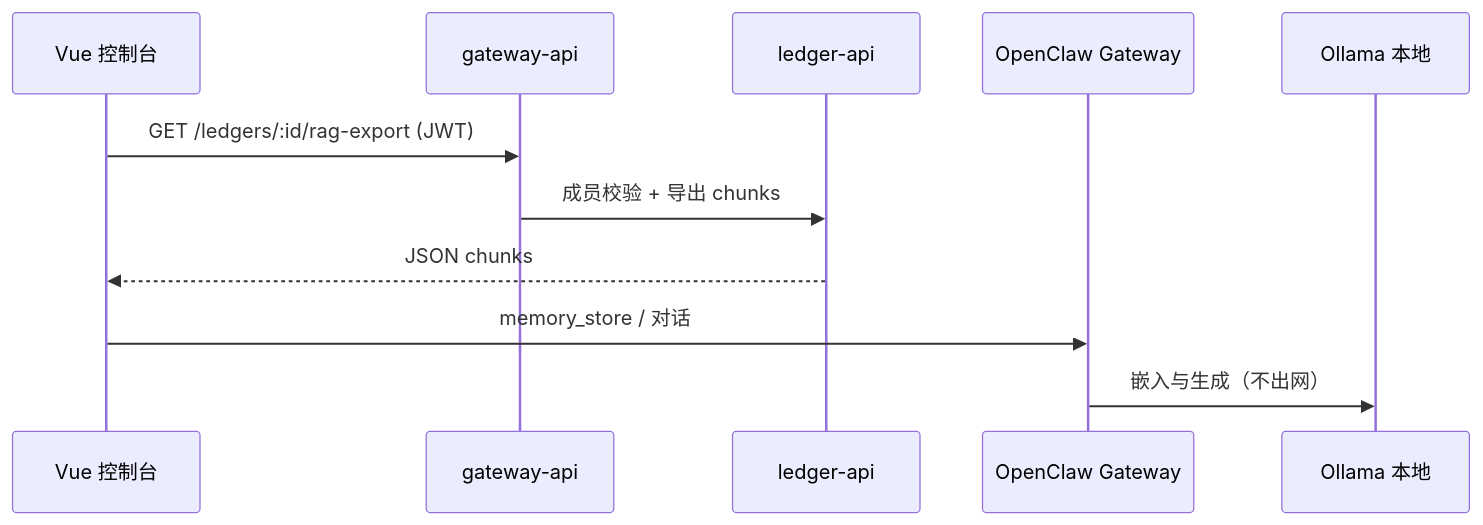
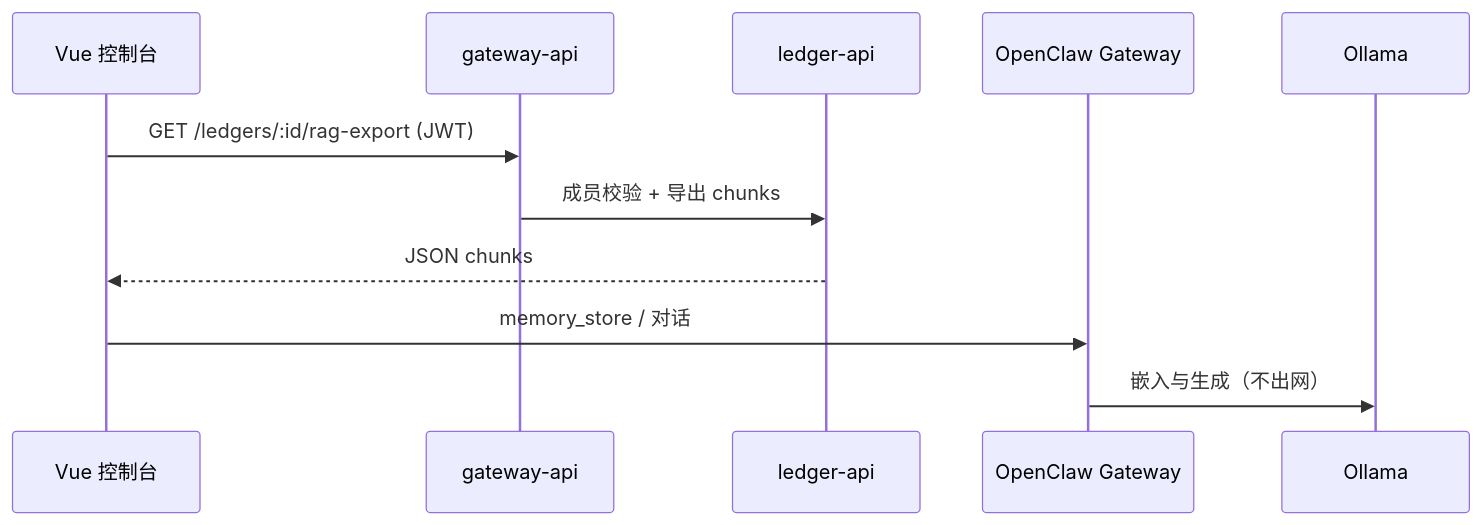
Before and after one commit to torisu-kirame/go-Smart-ledger: the second of 2 diagrams in docs/openclaw-integration.md, drawn with Mermaid. The commit also changed other lines of this file and 11 other files, not shown here.

````diff
--- a/docs/openclaw-integration.md
+++ b/docs/openclaw-integration.md
@@ -34,14 +167,14 @@
 ```mermaid
 sequenceDiagram
     participant UI as Vue 控制台
     participant GW as gateway-api
     participant LA as ledger-api
     participant OC as OpenClaw Gateway
-    participant LLM as Ollama 本地
+    participant LLM as Ollama
 
     UI->>GW: GET /ledgers/:id/rag-export (JWT)
     GW->>LA: 成员校验 + 导出 chunks
     LA-->>UI: JSON chunks
     UI->>OC: memory_store / 对话
     OC->>LLM: 嵌入与生成（不出网）
 ```
````
